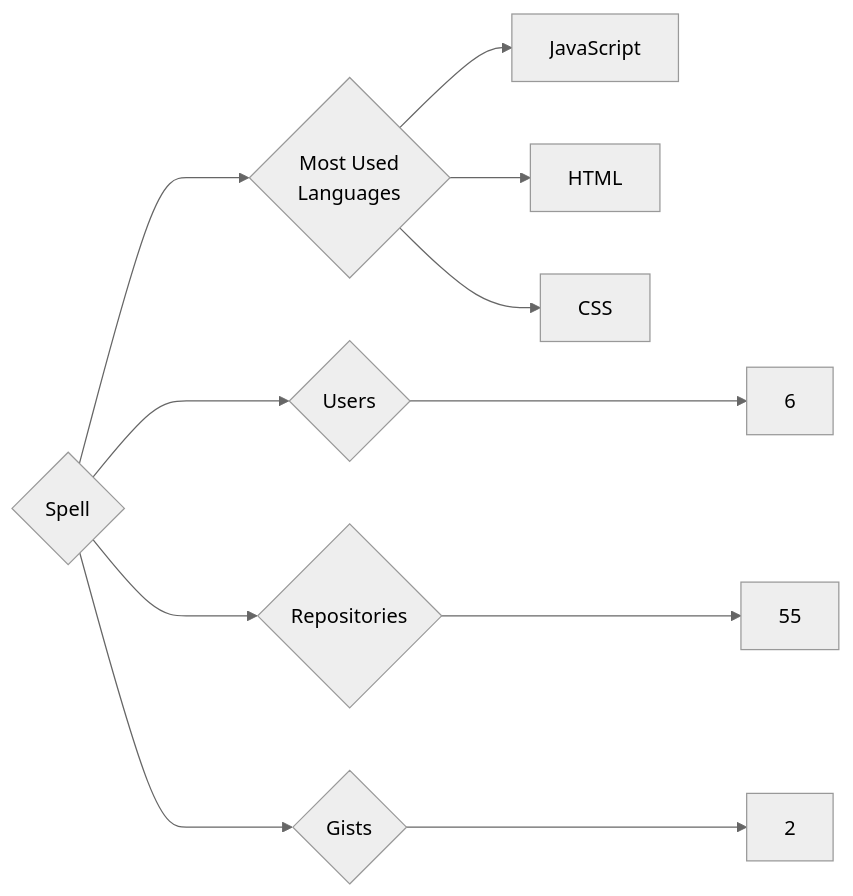
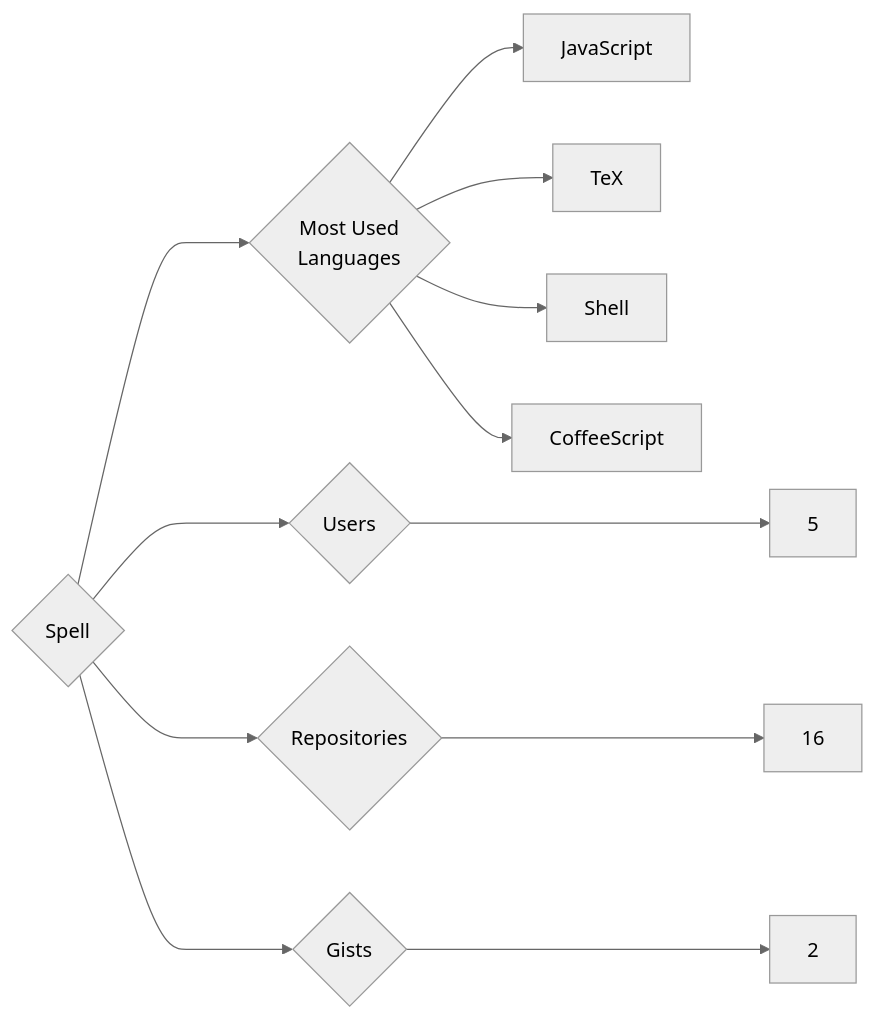
One commit to trickest/insiders changed the diagram in targets/Spell/README.md. Above: the diagram before and after it, drawn with Mermaid (neutral theme). The commit also changed 1389 other files, not shown here.

````diff
--- a/targets/Spell/README.md
+++ b/targets/Spell/README.md
@@ -3,11 +3,12 @@
 ```mermaid
 graph LR
 COMPANY_NAME{Spell}
-COMPANY_NAME ---> U{Users} ---> UN[6]
-COMPANY_NAME ---> R{Repositories} ---> RN[55]
+COMPANY_NAME ---> U{Users} ---> UN[5]
+COMPANY_NAME ---> R{Repositories} ---> RN[16]
 COMPANY_NAME ---> G{Gists} ---> GN[2]
 COMPANY_NAME ---> ML{Most Used<br>Languages}
 ML --> JavaScript[JavaScript]
-ML --> HTML[HTML]
-ML --> CSS[CSS]
+ML --> TeX[TeX]
+ML --> Shell[Shell]
+ML --> CoffeeScript[CoffeeScript]
 ```
````
